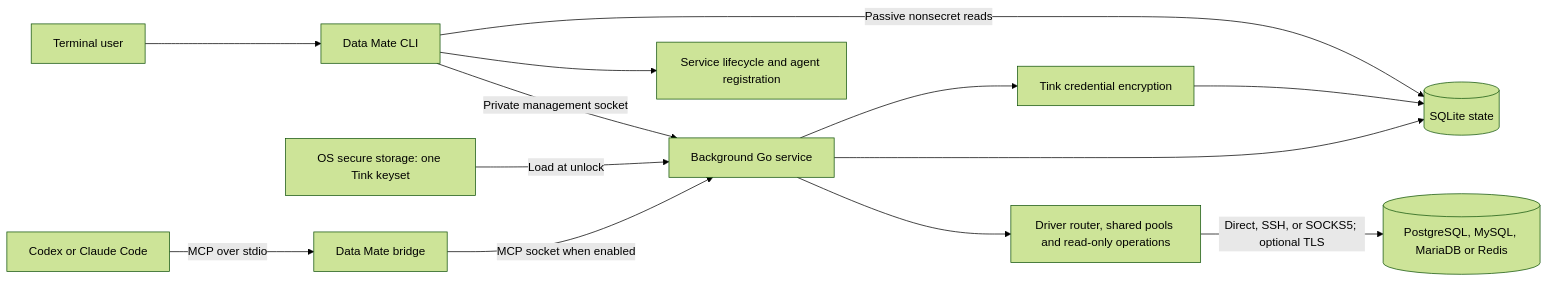
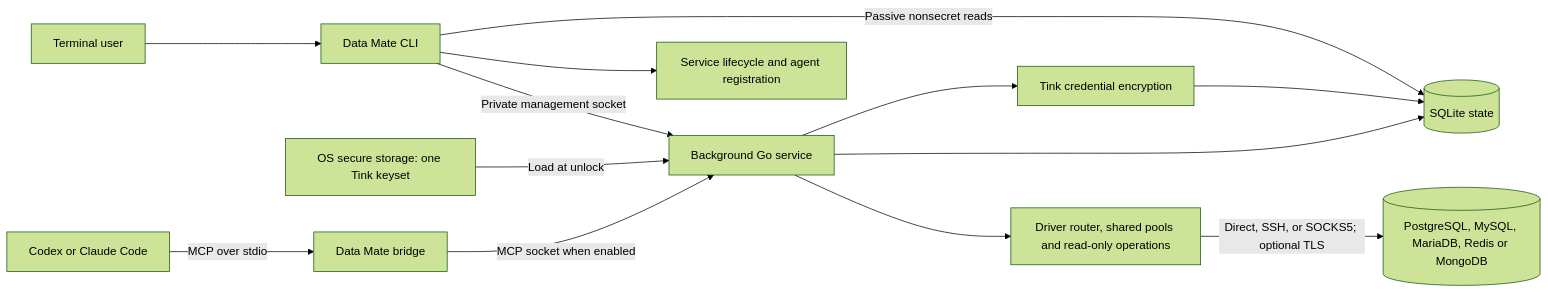
One commit to swqa7697/data-mate changed the diagram in specs/DESIGN.md. Above: the diagram before and after it, drawn with Mermaid (forest theme). The commit also changed other lines of this file and 66 other files, not shown here.

````diff
--- a/specs/DESIGN.md
+++ b/specs/DESIGN.md
@@ -24,15 +24,15 @@
 ```mermaid
 flowchart LR
     User[Terminal user] --> CLI[Data Mate CLI]
     CLI -->|Private management socket| Service[Background Go service]
     CLI --> Lifecycle[Service lifecycle and agent registration]
     CLI -->|Passive nonsecret reads| Store[(SQLite state)]
     Keychain[OS secure storage: one Tink keyset] -->|Load at unlock| Service
     Agent[Codex or Claude Code] -->|MCP over stdio| Bridge[Data Mate bridge]
     Bridge -->|MCP socket when enabled| Service
     Service --> Vault[Tink credential encryption]
     Vault --> Store
     Service --> Store
     Service --> Driver[Driver router, shared pools and read-only operations]
-    Driver -->|Direct, SSH, or SOCKS5; optional TLS| DB[(PostgreSQL, MySQL, MariaDB or Redis)]
+    Driver -->|Direct, SSH, or SOCKS5; optional TLS| DB[(PostgreSQL, MySQL, MariaDB, Redis or MongoDB)]
 ```
````
